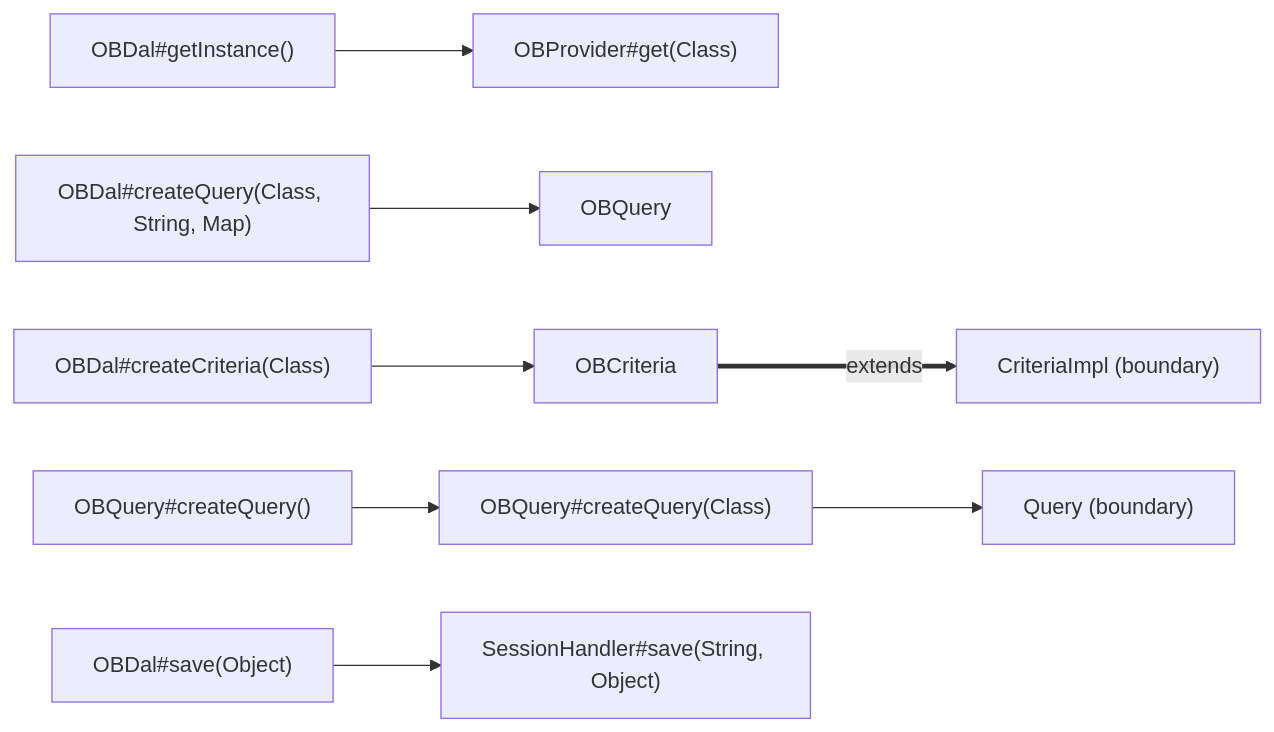
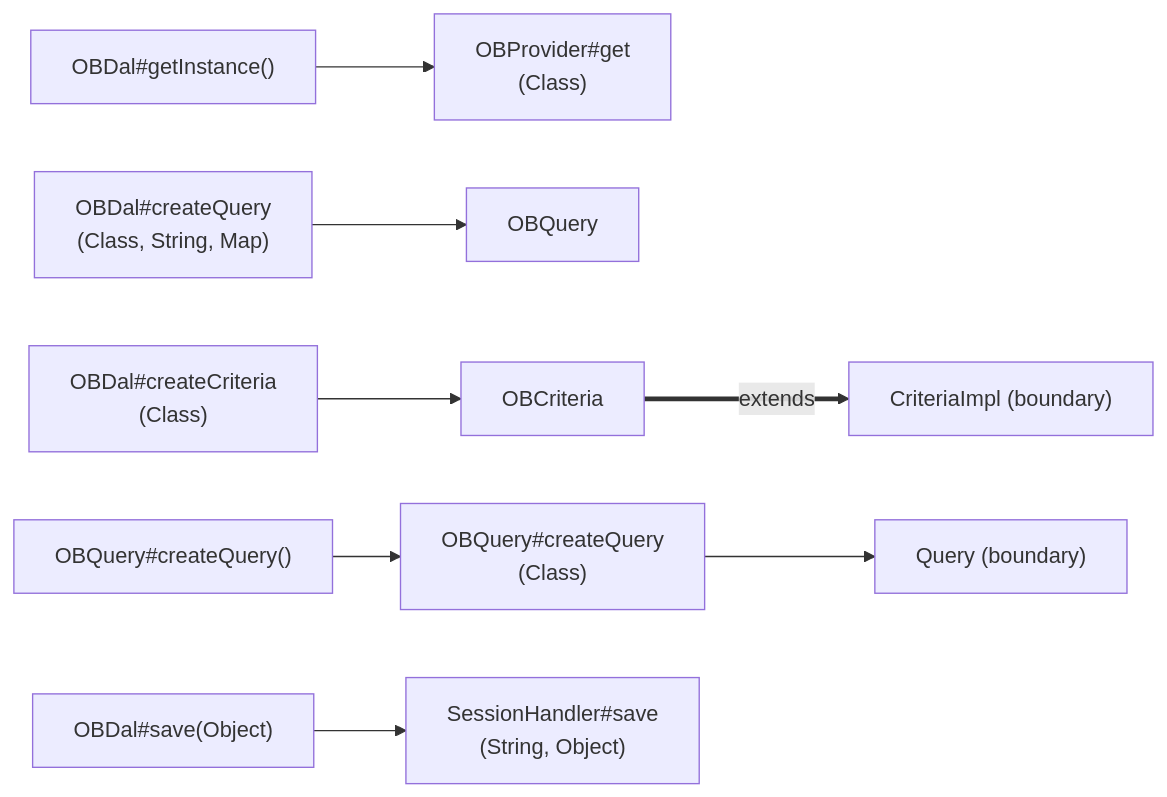
Before and after one commit to blitzy-public-samples/openbravo-erp: the diagram in docs/orm/03-dal-service-api.md, drawn with Mermaid.

Commit message:
docs(orm): keep the service API diagram legible on narrow screens
The D7 service API relationships flowchart in 03-dal-service-api.md was
scaled down to fit its container, so its node text shrank to about 5 px
on a 375 px screen. The left-to-right layout has four columns of wide
nodes, so shorter labels alone could not keep it readable.

- Add diagram-local frontmatter setting flowchart.useMaxWidth to false,
  so the diagram keeps its natural size (14 px text) and scrolls inside
  its block on narrow screens.
- Break five long node labels before their parameter lists using Mermaid
  markdown strings, narrowing the diagram from 897 to 810 units and
  avoiding mid-list automatic wrapping.

Node ids, edges and edge kinds, the boundary labels and the Diagram
sources paragraph are unchanged.

````diff
--- a/docs/orm/03-dal-service-api.md
+++ b/docs/orm/03-dal-service-api.md
@@ -51,10 +51,20 @@
 ```mermaid
+---
+config:
+  flowchart:
+    useMaxWidth: false
+---
 flowchart LR
-  dalGetInstance["OBDal#getInstance()"] --> providerGet["OBProvider#get(Class)"]
-  dalCreateQuery["OBDal#createQuery(Class, String, Map)"] --> obQuery["OBQuery"]
-  dalCreateCriteria["OBDal#createCriteria(Class)"] --> obCriteria["OBCriteria"]
+  dalGetInstance["OBDal#getInstance()"] --> providerGet["`OBProvider#get
+  (Class)`"]
+  dalCreateQuery["`OBDal#createQuery
+  (Class, String, Map)`"] --> obQuery["OBQuery"]
+  dalCreateCriteria["`OBDal#createCriteria
+  (Class)`"] --> obCriteria["OBCriteria"]
   obCriteria ==>|extends| criteriaImpl["CriteriaImpl (boundary)"]
-  queryCreateQuery["OBQuery#createQuery()"] --> queryCreateQueryClass["OBQuery#createQuery(Class)"]
+  queryCreateQuery["OBQuery#createQuery()"] --> queryCreateQueryClass["`OBQuery#createQuery
+  (Class)`"]
   queryCreateQueryClass --> hibernateQuery["Query (boundary)"]
-  dalSave["OBDal#save(Object)"] --> handlerSave["SessionHandler#save(String, Object)"]
+  dalSave["OBDal#save(Object)"] --> handlerSave["`SessionHandler#save
+  (String, Object)`"]
 ```
````
